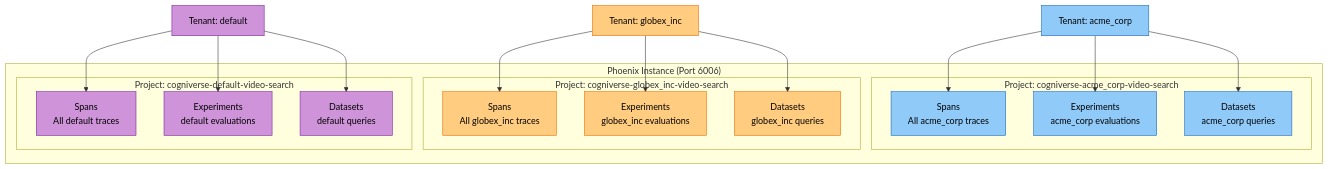
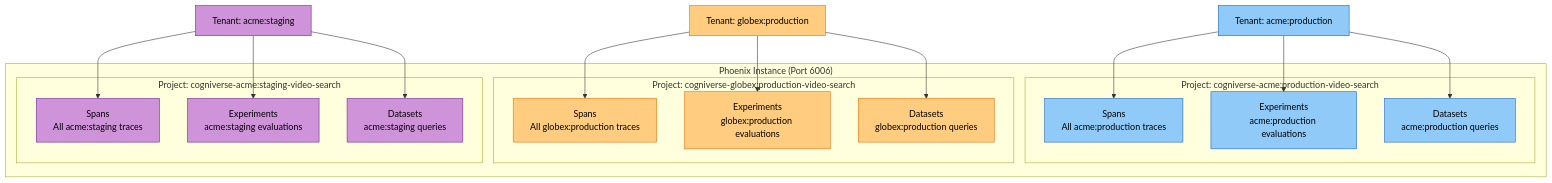
Before and after one commit to amit-jain/cogniverse: the tenth of 21 diagrams in docs/diagrams/multi-tenant-diagrams.md, drawn with Mermaid. The commit also changed other lines of this file and 50 other files, not shown here.

First line of the commit message:
Complete and verify docs against code with mermaid palette

````diff
--- a/docs/diagrams/multi-tenant-diagrams.md
+++ b/docs/diagrams/multi-tenant-diagrams.md
@@ -437,47 +447,47 @@
 ```mermaid
 flowchart TB
     subgraph "Phoenix Instance (Port 6006)"
-        subgraph "Project: cogniverse-acme_corp-video-search"
-            SpansA["<span style='color:#000'>Spans<br/>All acme_corp traces</span>"]
-            ExperimentsA["<span style='color:#000'>Experiments<br/>acme_corp evaluations</span>"]
-            DatasetsA["<span style='color:#000'>Datasets<br/>acme_corp queries</span>"]
+        subgraph "Project: cogniverse-acme:production-video-search"
+            SpansA["<span style='color:#000'>Spans<br/>All acme:production traces</span>"]
+            ExperimentsA["<span style='color:#000'>Experiments<br/>acme:production evaluations</span>"]
+            DatasetsA["<span style='color:#000'>Datasets<br/>acme:production queries</span>"]
         end
 
-        subgraph "Project: cogniverse-globex_inc-video-search"
-            SpansB["<span style='color:#000'>Spans<br/>All globex_inc traces</span>"]
-            ExperimentsB["<span style='color:#000'>Experiments<br/>globex_inc evaluations</span>"]
-            DatasetsB["<span style='color:#000'>Datasets<br/>globex_inc queries</span>"]
+        subgraph "Project: cogniverse-globex:production-video-search"
+            SpansB["<span style='color:#000'>Spans<br/>All globex:production traces</span>"]
+            ExperimentsB["<span style='color:#000'>Experiments<br/>globex:production evaluations</span>"]
+            DatasetsB["<span style='color:#000'>Datasets<br/>globex:production queries</span>"]
         end
 
-        subgraph "Project: cogniverse-default-video-search"
-            SpansC["<span style='color:#000'>Spans<br/>All default traces</span>"]
-            ExperimentsC["<span style='color:#000'>Experiments<br/>default evaluations</span>"]
-            DatasetsC["<span style='color:#000'>Datasets<br/>default queries</span>"]
+        subgraph "Project: cogniverse-acme:staging-video-search"
+            SpansC["<span style='color:#000'>Spans<br/>All acme:staging traces</span>"]
+            ExperimentsC["<span style='color:#000'>Experiments<br/>acme:staging evaluations</span>"]
+            DatasetsC["<span style='color:#000'>Datasets<br/>acme:staging queries</span>"]
         end
     end
 
-    TenantA["<span style='color:#000'>Tenant: acme_corp</span>"] --> SpansA
+    TenantA["<span style='color:#000'>Tenant: acme:production</span>"] --> SpansA
     TenantA --> ExperimentsA
     TenantA --> DatasetsA
 
-    TenantB["<span style='color:#000'>Tenant: globex_inc</span>"] --> SpansB
+    TenantB["<span style='color:#000'>Tenant: globex:production</span>"] --> SpansB
     TenantB --> ExperimentsB
     TenantB --> DatasetsB
 
-    TenantC["<span style='color:#000'>Tenant: default</span>"] --> SpansC
+    TenantC["<span style='color:#000'>Tenant: acme:staging</span>"] --> SpansC
     TenantC --> ExperimentsC
     TenantC --> DatasetsC
 
     style TenantA fill:#90caf9,stroke:#1565c0,color:#000
     style TenantB fill:#ffcc80,stroke:#ef6c00,color:#000
     style TenantC fill:#ce93d8,stroke:#7b1fa2,color:#000
     style SpansA fill:#90caf9,stroke:#1565c0,color:#000
     style ExperimentsA fill:#90caf9,stroke:#1565c0,color:#000
     style DatasetsA fill:#90caf9,stroke:#1565c0,color:#000
     style SpansB fill:#ffcc80,stroke:#ef6c00,color:#000
     style ExperimentsB fill:#ffcc80,stroke:#ef6c00,color:#000
     style DatasetsB fill:#ffcc80,stroke:#ef6c00,color:#000
     style SpansC fill:#ce93d8,stroke:#7b1fa2,color:#000
     style ExperimentsC fill:#ce93d8,stroke:#7b1fa2,color:#000
     style DatasetsC fill:#ce93d8,stroke:#7b1fa2,color:#000
 ```
````
